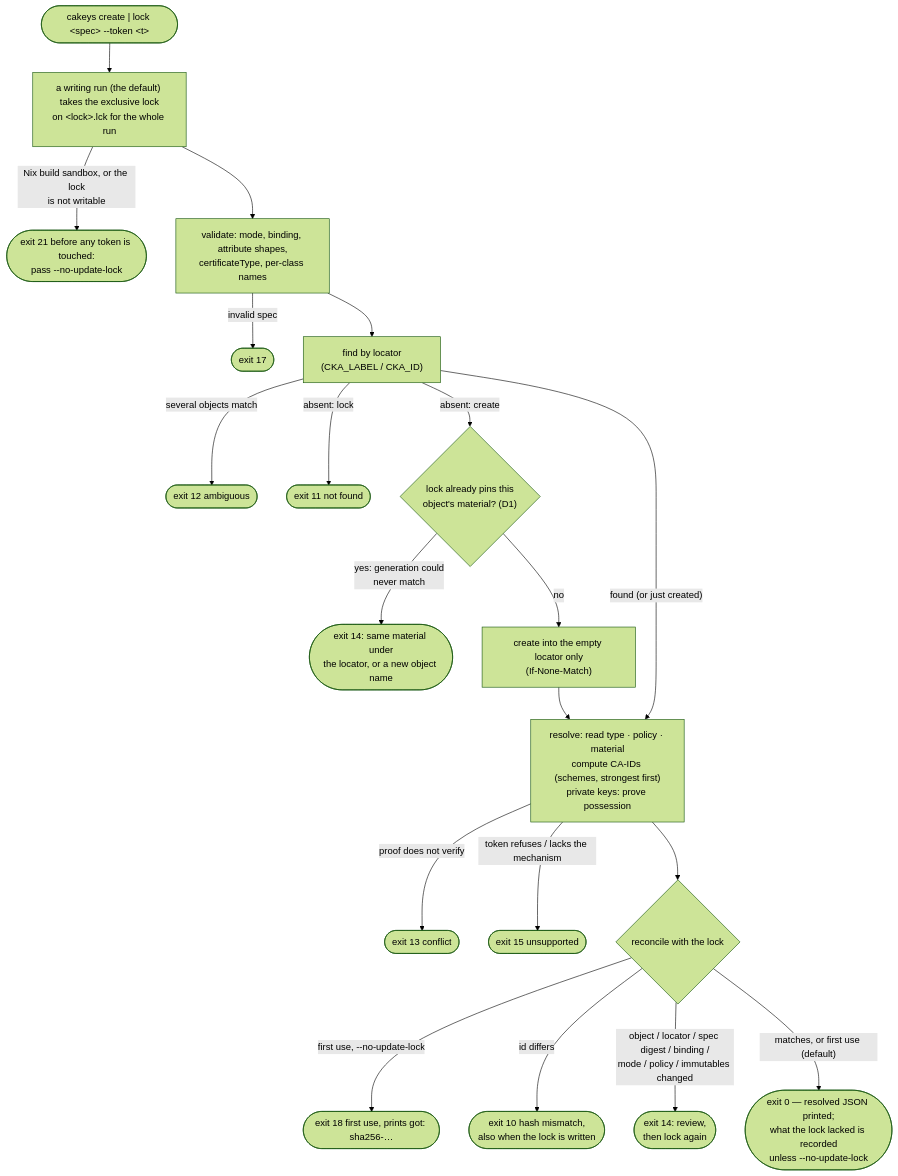
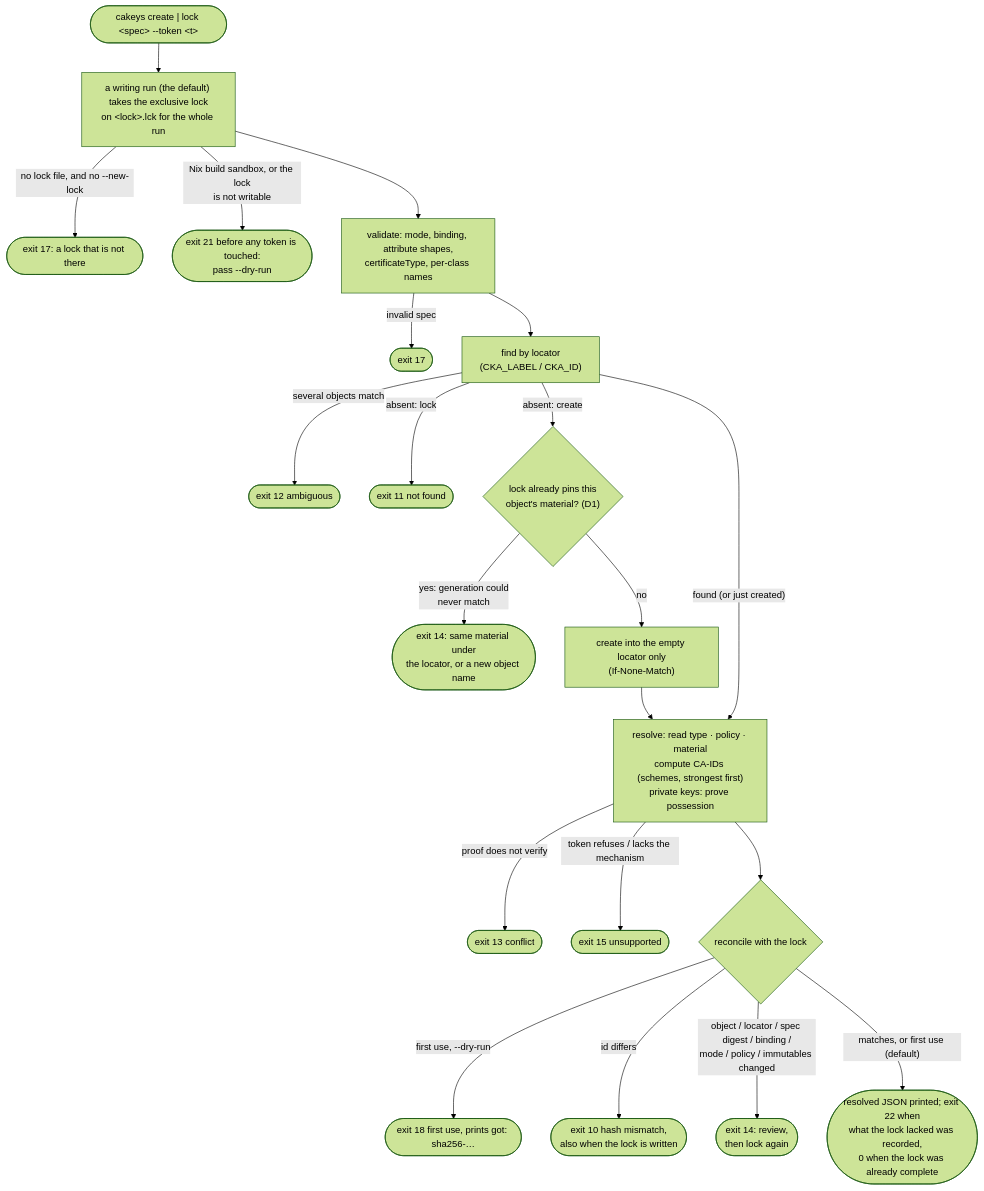
One commit to Princemachiavelli/cakeys changed the second of 5 diagrams in docs/diagrams.md. Above: the diagram before and after it, drawn with Mermaid (forest theme). The commit also changed other lines of this file and 113 other files, not shown here.

First line of the commit message:
review 2026-11-23: the decisions batch (CLI scheme, lock exit codes, coverage)

````diff
--- a/docs/diagrams.md
+++ b/docs/diagrams.md
@@ -47,23 +47,24 @@
 ```mermaid
 flowchart TD
     START(["cakeys create | lock &lt;spec&gt; --token &lt;t&gt;"]) --> GUARD
     GUARD["a writing run (the default) takes the exclusive lock<br/>on &lt;lock&gt;.lck for the whole run"]
-    GUARD -- "Nix build sandbox, or the lock<br/>is not writable" --> X21(["exit 21 before any token is touched:<br/>pass --no-update-lock"])
+    GUARD -- "no lock file, and no --new-lock" --> X17L(["exit 17: a lock that is not there"])
+    GUARD -- "Nix build sandbox, or the lock<br/>is not writable" --> X21(["exit 21 before any token is touched:<br/>pass --dry-run"])
     GUARD --> VAL["validate: mode, binding, attribute shapes,<br/>certificateType, per-class names"]
     VAL -- "invalid spec" --> X17(["exit 17"])
     VAL --> FIND["find by locator<br/>(CKA_LABEL / CKA_ID)"]
     FIND -- "several objects match" --> X12(["exit 12 ambiguous"])
     FIND -- "absent: lock" --> X11(["exit 11 not found"])
     FIND -- "absent: create" --> PIN{"lock already pins this<br/>object's material? (D1)"}
     PIN -- "yes: generation could<br/>never match" --> X14b(["exit 14: same material under<br/>the locator, or a new object name"])
     PIN -- no --> CREATE["create into the empty locator only<br/>(If-None-Match)"]
     FIND -- "found (or just created)" --> RESOLVE
     CREATE --> RESOLVE["resolve: read type · policy · material<br/>compute CA-IDs (schemes, strongest first)<br/>private keys: prove possession"]
     RESOLVE -- "proof does not verify" --> X13a(["exit 13 conflict"])
     RESOLVE -- "token refuses / lacks the mechanism" --> X15(["exit 15 unsupported"])
     RESOLVE --> RECONCILE{"reconcile with the lock"}
-    RECONCILE -- "first use, --no-update-lock" --> X18(["exit 18 first use, prints got: sha256-…"])
+    RECONCILE -- "first use, --dry-run" --> X18(["exit 18 first use, prints got: sha256-…"])
     RECONCILE -- "id differs" --> X10b(["exit 10 hash mismatch,<br/>also when the lock is written"])
     RECONCILE -- "object / locator / spec digest / binding /<br/>mode / policy / immutables changed" --> X14(["exit 14: review,<br/>then lock again"])
-    RECONCILE -- "matches, or first use (default)" --> OK(["exit 0 — resolved JSON printed;<br/>what the lock lacked is recorded<br/>unless --no-update-lock"])
+    RECONCILE -- "matches, or first use (default)" --> OK(["resolved JSON printed; exit 22 when<br/>what the lock lacked was recorded,<br/>0 when the lock was already complete"])
 ```
````
